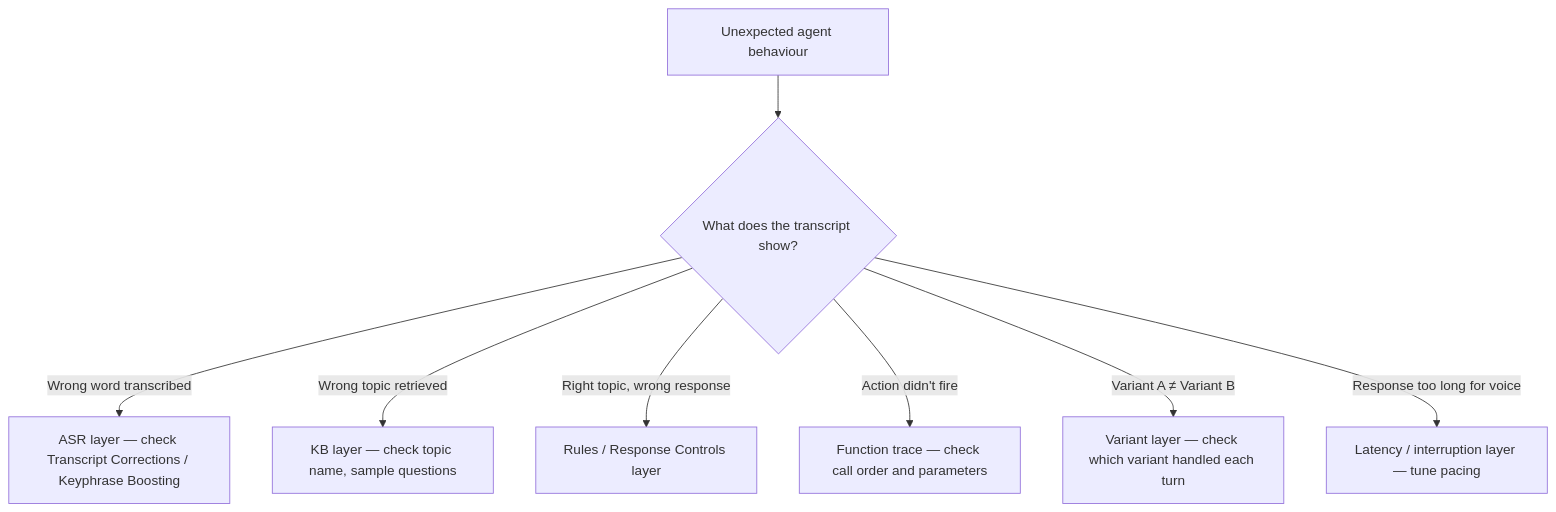
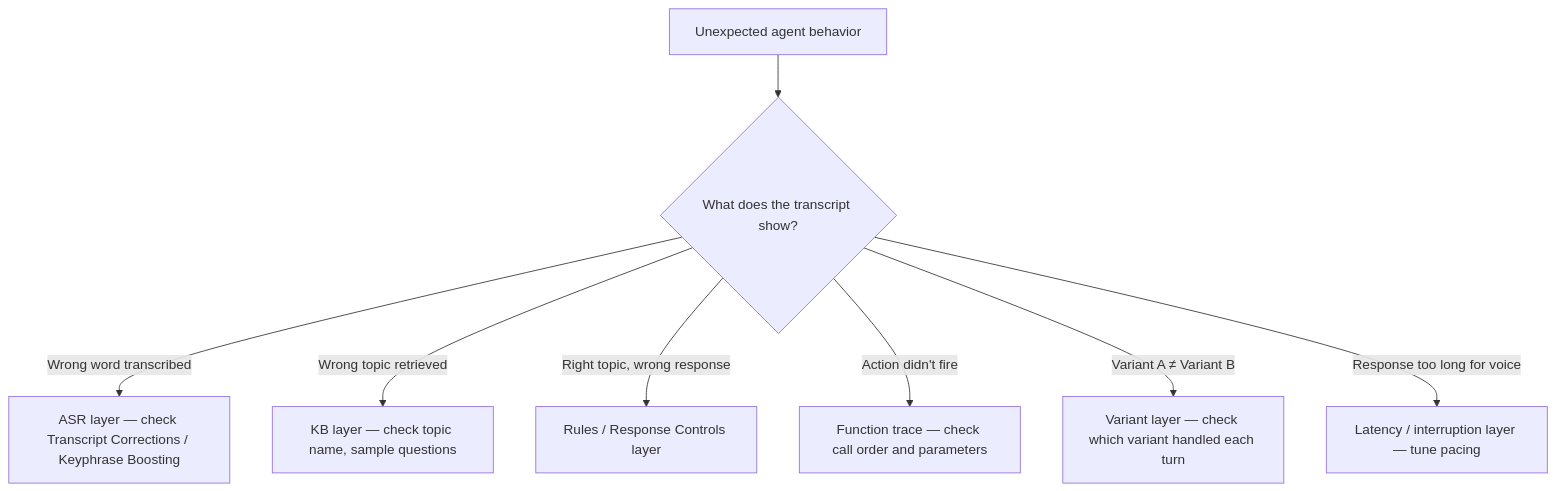
The diagram in learn/guides/advanced/conv-review.mdx (PolyAI-LDN/polyai-mintlify-doc), drawn with Mermaid before and after one commit. The commit also changed other lines of this file and 38 other files, not shown here.

````diff
--- a/learn/guides/advanced/conv-review.mdx
+++ b/learn/guides/advanced/conv-review.mdx
@@ -38,10 +38,10 @@
 ```mermaid
 flowchart TD
-    A[Unexpected agent behaviour] --> B{What does the transcript show?}
+    A[Unexpected agent behavior] --> B{What does the transcript show?}
     B -->|Wrong word transcribed| C[ASR layer — check Transcript Corrections / Keyphrase Boosting]
     B -->|Wrong topic retrieved| D[KB layer — check topic name, sample questions]
     B -->|Right topic, wrong response| E[Rules / Response Controls layer]
     B -->|Action didn't fire| F[Function trace — check call order and parameters]
     B -->|Variant A ≠ Variant B| G[Variant layer — check which variant handled each turn]
     B -->|Response too long for voice| H[Latency / interruption layer — tune pacing]
 ```
````
